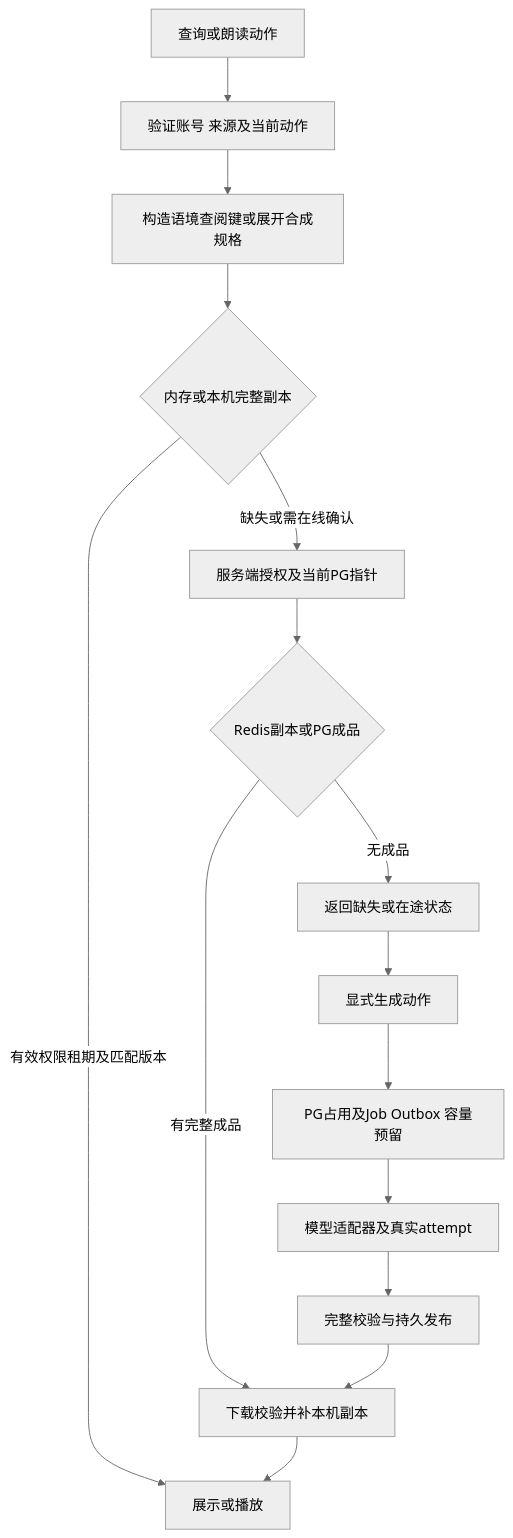
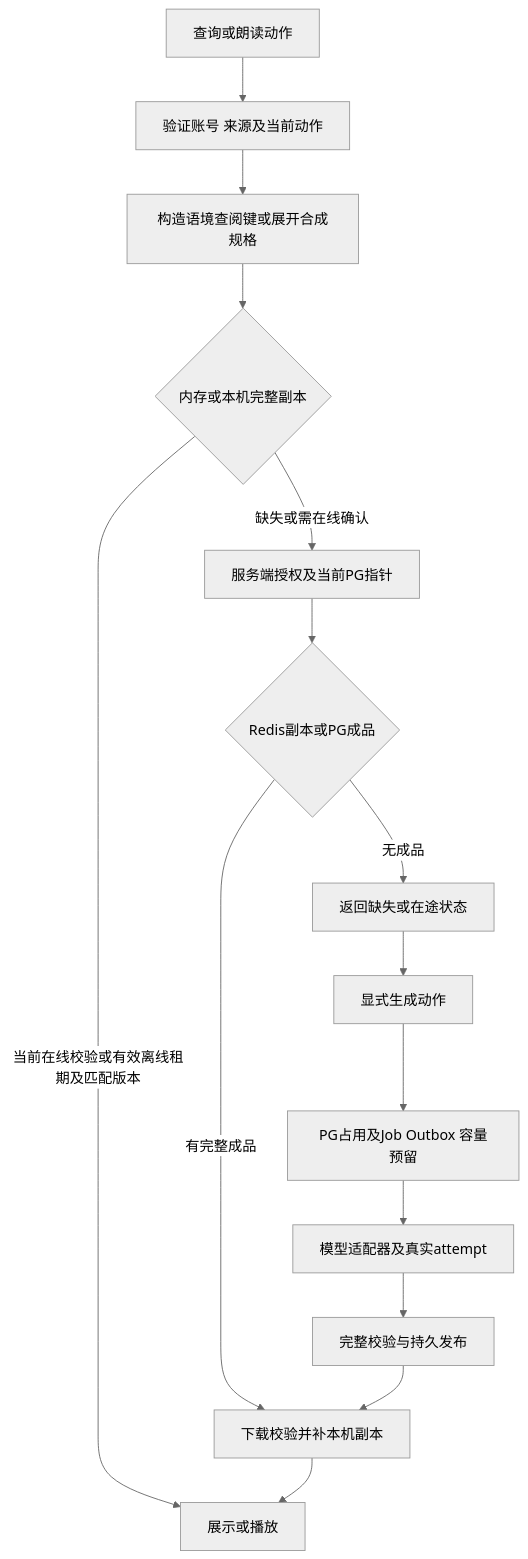
Before and after one commit to cagayakeKON/haruka_dic: the diagram in docs/architecture/learning-cache.md, drawn with Mermaid (neutral theme). The commit also changed other lines of this file and 17 other files, not shown here.

```diff
--- a/docs/architecture/learning-cache.md
+++ b/docs/architecture/learning-cache.md
@@ -176,17 +178,17 @@
 ~~~mermaid
 flowchart TD
     A[查询或朗读动作] --> B[验证账号 来源及当前动作]
     B --> C[构造语境查阅键或展开合成规格]
     C --> D{内存或本机完整副本}
-    D -->|有效权限租期及匹配版本| E[展示或播放]
+    D -->|当前在线校验或有效离线租期及匹配版本| E[展示或播放]
     D -->|缺失或需在线确认| F[服务端授权及当前PG指针]
     F --> G{Redis副本或PG成品}
     G -->|有完整成品| H[下载校验并补本机副本]
     H --> E
     G -->|无成品| I[返回缺失或在途状态]
     I --> J[显式生成动作]
     J --> K[PG占用及Job Outbox 容量预留]
     K --> L[模型适配器及真实attempt]
     L --> M[完整校验与持久发布]
     M --> H
 ~~~
```
